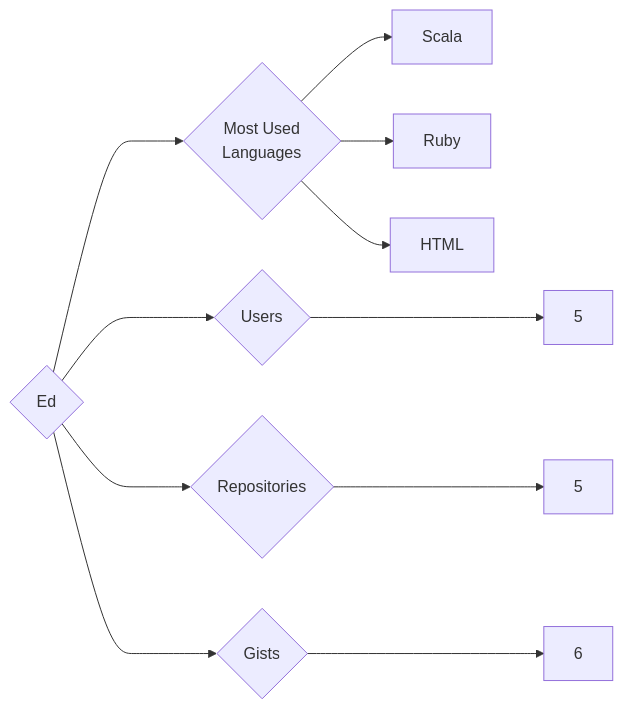
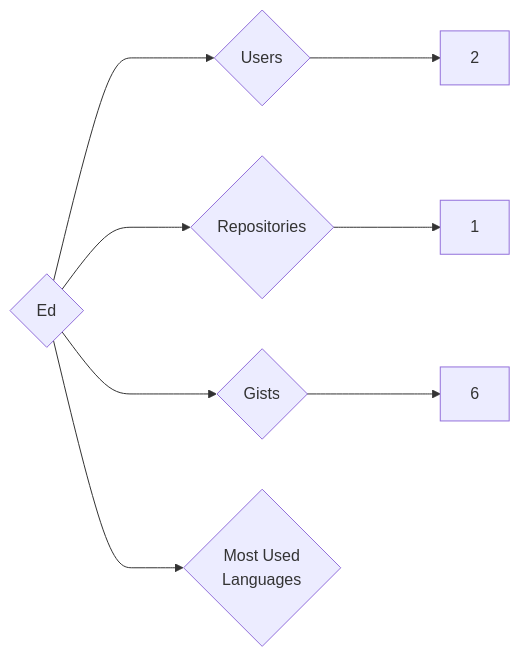
The diagram in targets/Ed/README.md (trickest/insiders), drawn with Mermaid before and after one commit. The commit also changed 776 other files, not shown here.

````diff
--- a/targets/Ed/README.md
+++ b/targets/Ed/README.md
@@ -3,11 +3,8 @@
 ```mermaid
 graph LR
 COMPANY_NAME{Ed}
-COMPANY_NAME ---> U{Users} ---> UN[5]
-COMPANY_NAME ---> R{Repositories} ---> RN[5]
+COMPANY_NAME ---> U{Users} ---> UN[2]
+COMPANY_NAME ---> R{Repositories} ---> RN[1]
 COMPANY_NAME ---> G{Gists} ---> GN[6]
 COMPANY_NAME ---> ML{Most Used<br>Languages}
-ML --> Scala[Scala]
-ML --> Ruby[Ruby]
-ML --> HTML[HTML]
 ```
````
